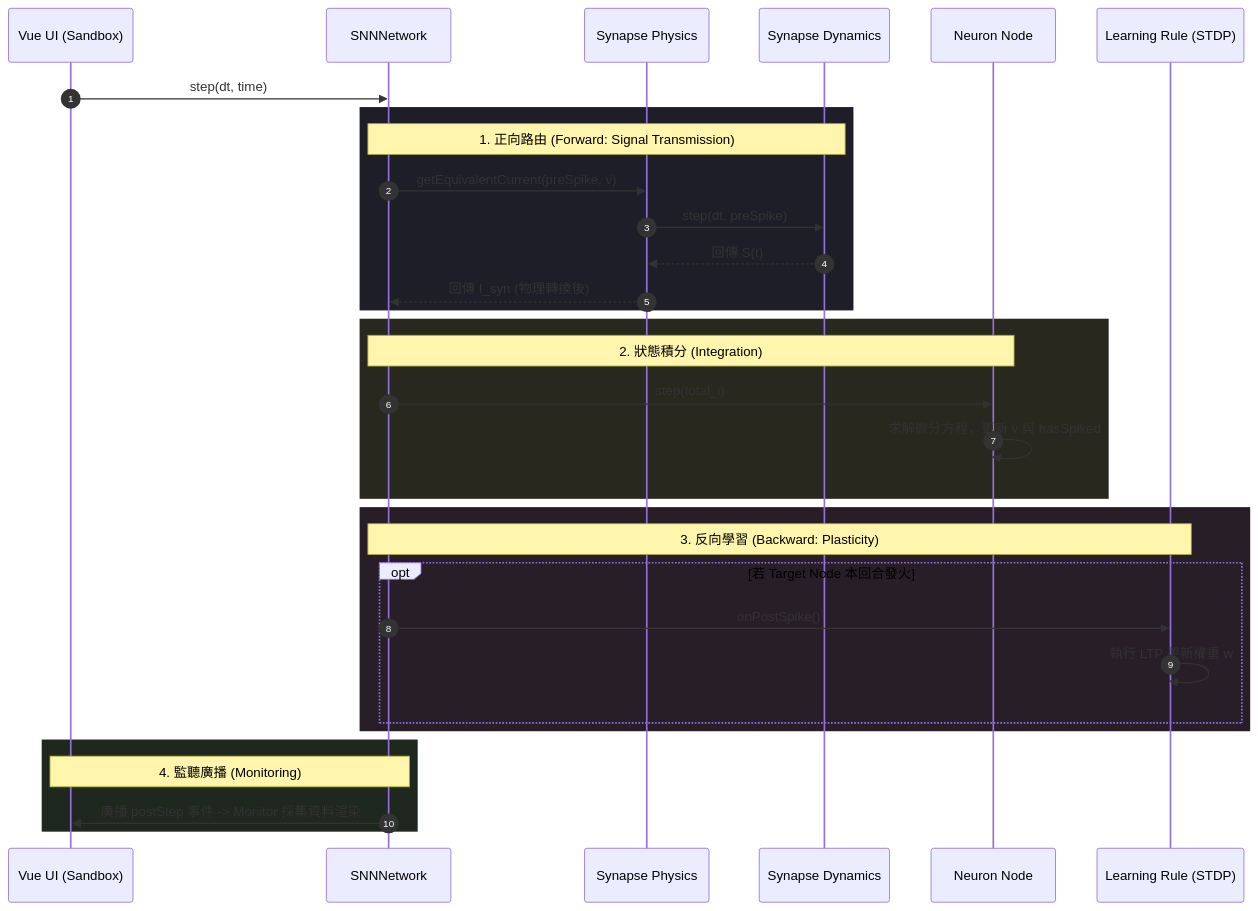
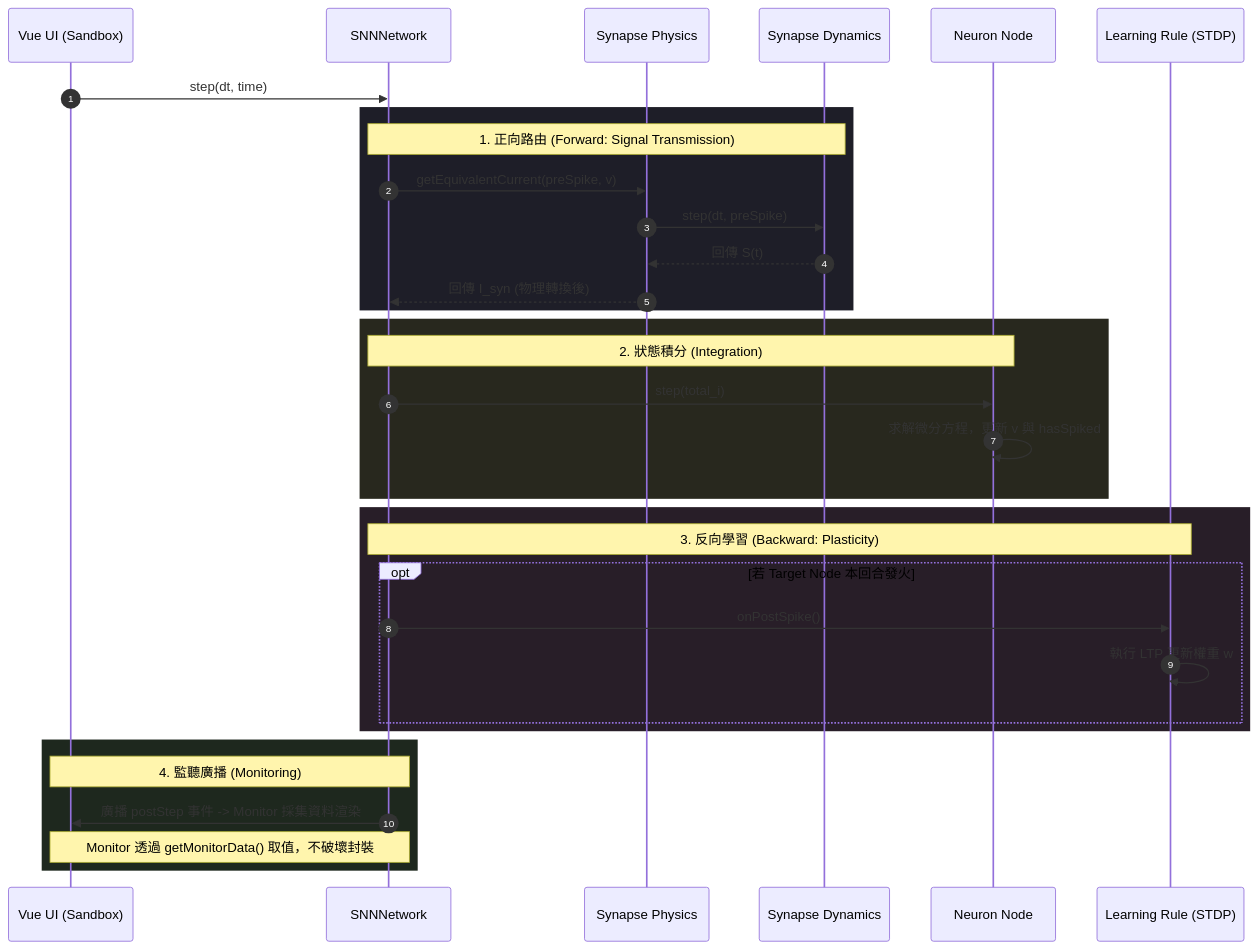
One commit to Salt-Shio/snn-academy changed the second of 2 diagrams in dev/system_structure/Architecture.md. Above: the diagram before and after it, drawn with Mermaid. The commit also changed other lines of this file and 3 other files, not shown here.

````diff
--- a/dev/system_structure/Architecture.md
+++ b/dev/system_structure/Architecture.md
@@ -131,39 +161,40 @@
 ```mermaid
 sequenceDiagram
     autonumber
     participant UI as Vue UI (Sandbox)
     participant Net as SNNNetwork
     participant SynPhys as Synapse Physics
     participant SynDyn as Synapse Dynamics
     participant Node as Neuron Node
     participant Learn as Learning Rule (STDP)
 
     UI->>Net: step(dt, time)
     
     rect rgb(30, 30, 40)
     Note over Net, SynDyn: 1. 正向路由 (Forward: Signal Transmission)
     Net->>SynPhys: getEquivalentCurrent(preSpike, v)
     SynPhys->>SynDyn: step(dt, preSpike)
     SynDyn-->>SynPhys: 回傳 S(t)
     SynPhys-->>Net: 回傳 I_syn (物理轉換後)
     end
 
     rect rgb(40, 40, 30)
     Note over Net, Node: 2. 狀態積分 (Integration)
     Net->>Node: step(total_i)
     Node->>Node: 求解微分方程，更新 v 與 hasSpiked
     end
 
     rect rgb(40, 30, 40)
     Note over Net, Learn: 3. 反向學習 (Backward: Plasticity)
     opt 若 Target Node 本回合發火
         Net->>Learn: onPostSpike()
         Learn->>Learn: 執行 LTP 更新權重 w
     end
     end
 
     rect rgb(30, 40, 30)
     Note over Net, UI: 4. 監聽廣播 (Monitoring)
     Net->>UI: 廣播 postStep 事件 -> Monitor 採集資料渲染
+    Note over Net, UI: Monitor 透過 getMonitorData() 取值，不破壞封裝
     end
 ```
````
